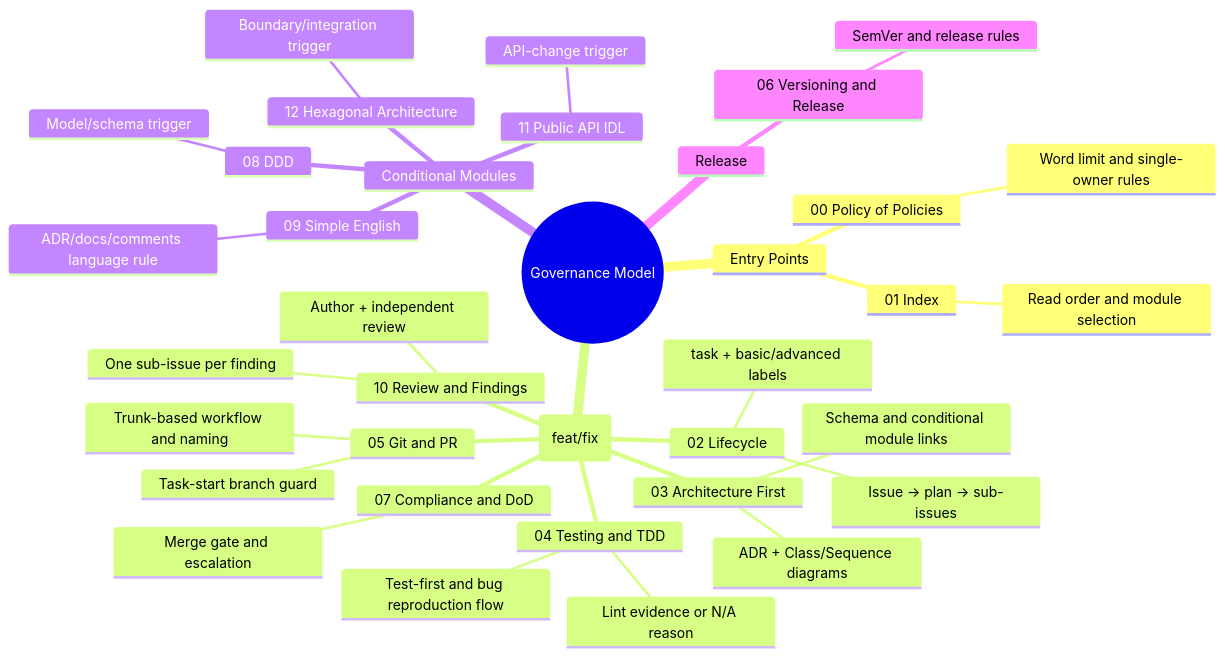
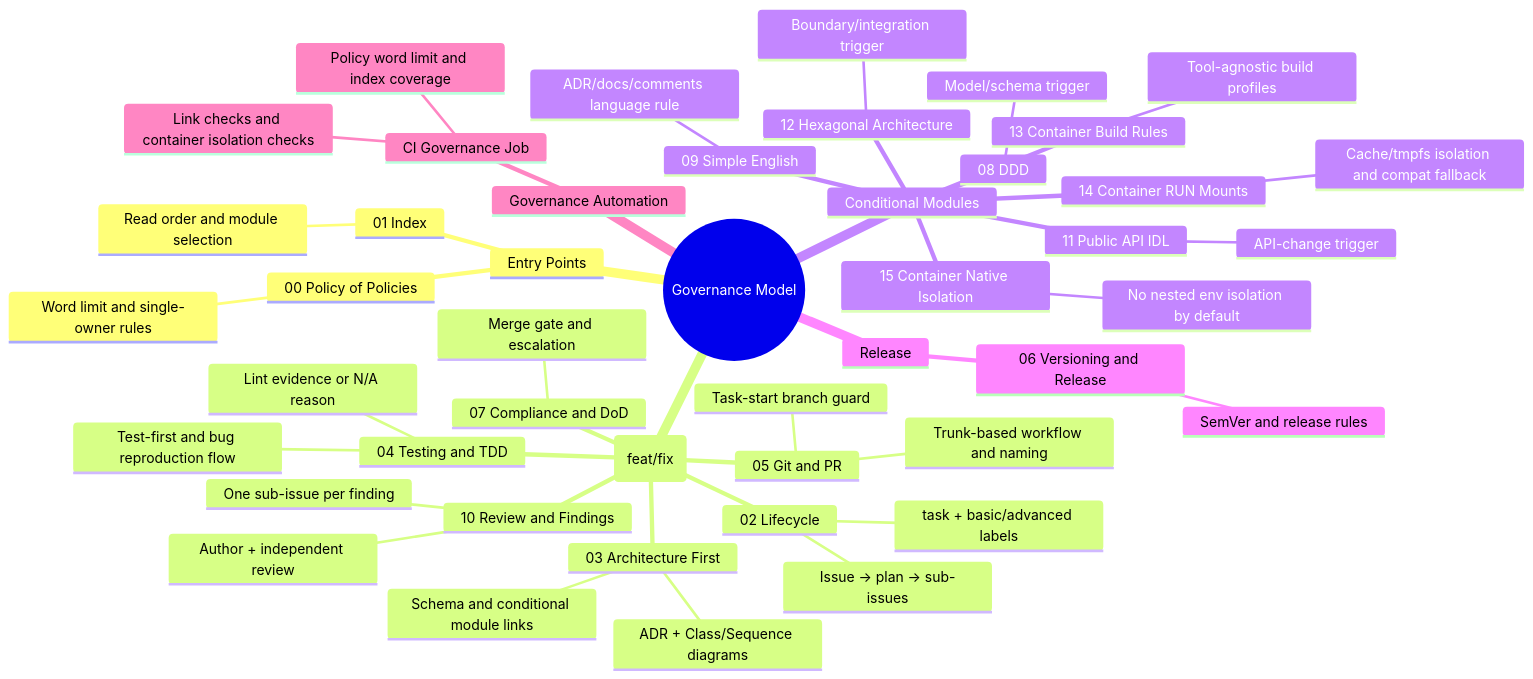
Before and after one commit to Albe83/openapi-to-mcp: the diagram in docs/diagrams/0001-governance-mindmap.md, drawn with Mermaid. The commit also changed 15 other files, not shown here.

Commit message:
chore(governance): enforce container-native isolation and CI checks

````diff
--- a/docs/diagrams/0001-governance-mindmap.md
+++ b/docs/diagrams/0001-governance-mindmap.md
@@ -7,39 +7,49 @@
 ```mermaid
 mindmap
   root((Governance Model))
     Entry Points
       01 Index
         Read order and module selection
       00 Policy of Policies
         Word limit and single-owner rules
     Core Flow (feat/fix)
       02 Lifecycle
         Issue -> plan -> sub-issues
         task + basic/advanced labels
       03 Architecture First
         ADR + Class/Sequence diagrams
         Schema and conditional module links
       04 Testing and TDD
         Test-first and bug reproduction flow
         Lint evidence or N/A reason
       05 Git and PR
         Trunk-based workflow and naming
         Task-start branch guard
       10 Review and Findings
         Author + independent review
         One sub-issue per finding
       07 Compliance and DoD
         Merge gate and escalation
     Conditional Modules
       08 DDD
         Model/schema trigger
       11 Public API IDL
         API-change trigger
       12 Hexagonal Architecture
         Boundary/integration trigger
+      13 Container Build Rules
+        Tool-agnostic build profiles
+      14 Container RUN Mounts
+        Cache/tmpfs isolation and compat fallback
+      15 Container Native Isolation
+        No nested env isolation by default
       09 Simple English
         ADR/docs/comments language rule
     Release
       06 Versioning and Release
         SemVer and release rules
+    Governance Automation
+      CI Governance Job
+        Policy word limit and index coverage
+        Link checks and container isolation checks
 ```
````
